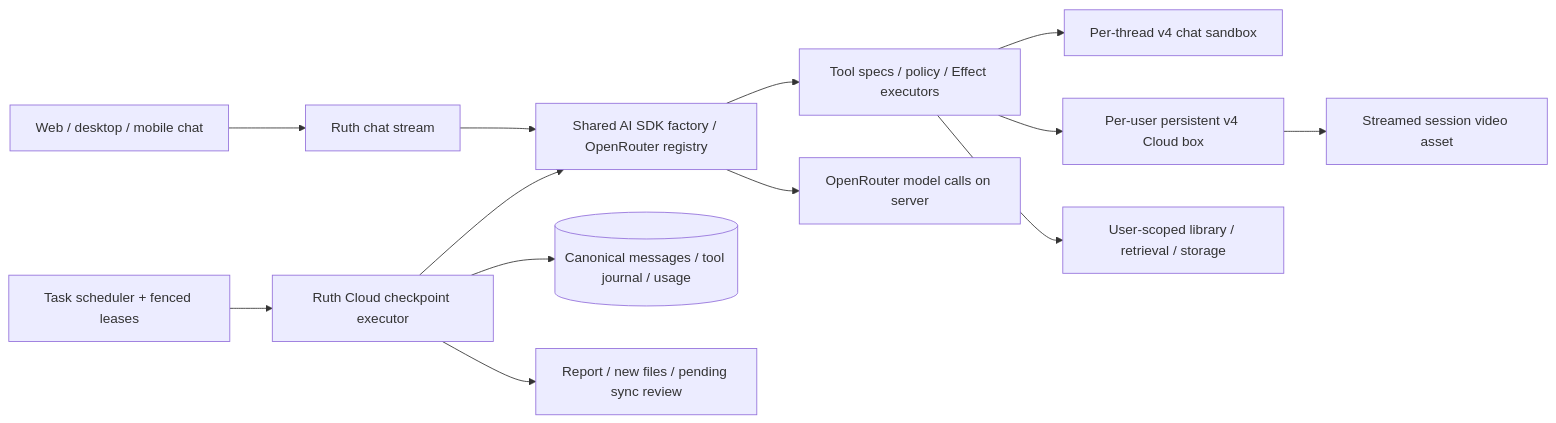
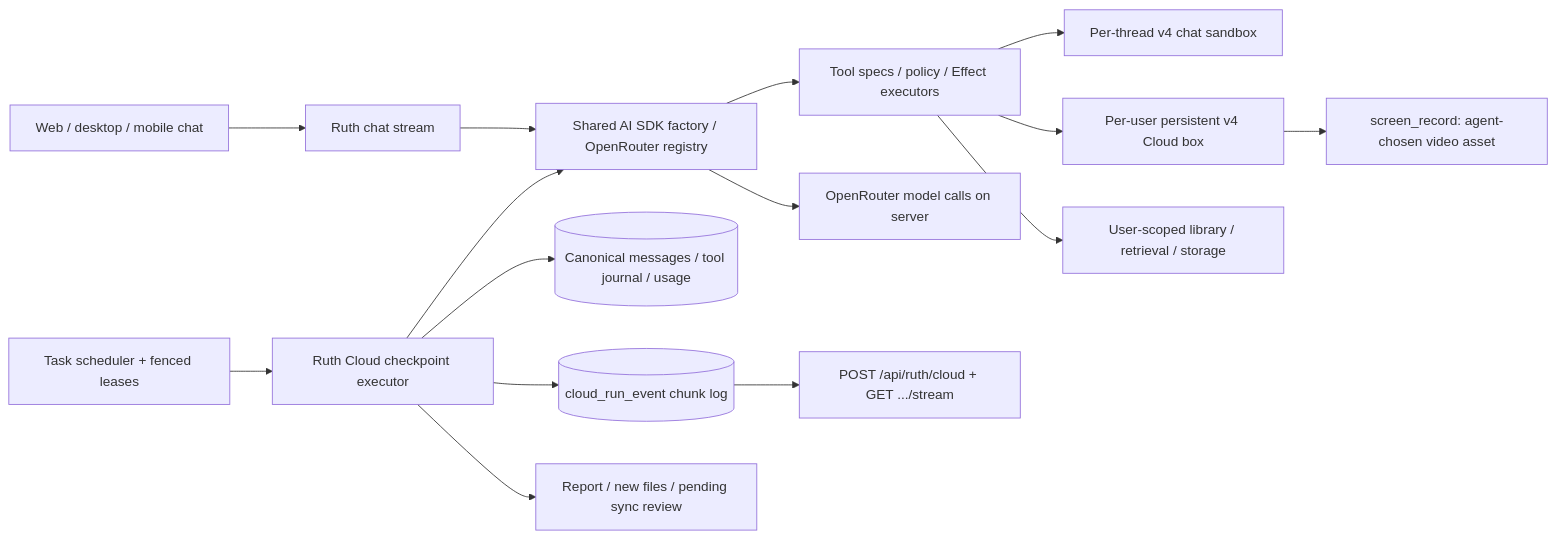
The diagram in docs/design/ruth.md (thedamod/avenire), drawn with Mermaid before and after one commit. The commit also changed other lines of this file and 32 other files, not shown here.

First line of the commit message:
ruth-cloud: streamed steps, run event log, /api/ruth/cloud, agent-controlled recording

````diff
--- a/docs/design/ruth.md
+++ b/docs/design/ruth.md
@@ -8,15 +8,17 @@
 ```mermaid
 flowchart LR
   Chat[Web / desktop / mobile chat] --> Ruth[Ruth chat stream]
   Scheduler[Task scheduler + fenced leases] --> Cloud[Ruth Cloud checkpoint executor]
   Ruth --> Factory[Shared AI SDK factory / OpenRouter registry]
   Cloud --> Factory
   Factory --> Tools[Tool specs / policy / Effect executors]
   Factory --> Models[OpenRouter model calls on server]
   Tools --> Ephemeral[Per-thread v4 chat sandbox]
   Tools --> Persistent[Per-user persistent v4 Cloud box]
   Tools --> Library[User-scoped library / retrieval / storage]
   Cloud --> DB[(Canonical messages / tool journal / usage)]
-  Persistent --> Recording[Streamed session video asset]
+  Persistent --> Recording[screen_record: agent-chosen video asset]
+  Cloud --> Events[(cloud_run_event chunk log)]
+  Events --> Stream[POST /api/ruth/cloud + GET .../stream]
   Cloud --> Review[Report / new files / pending sync review]
 ```
````
